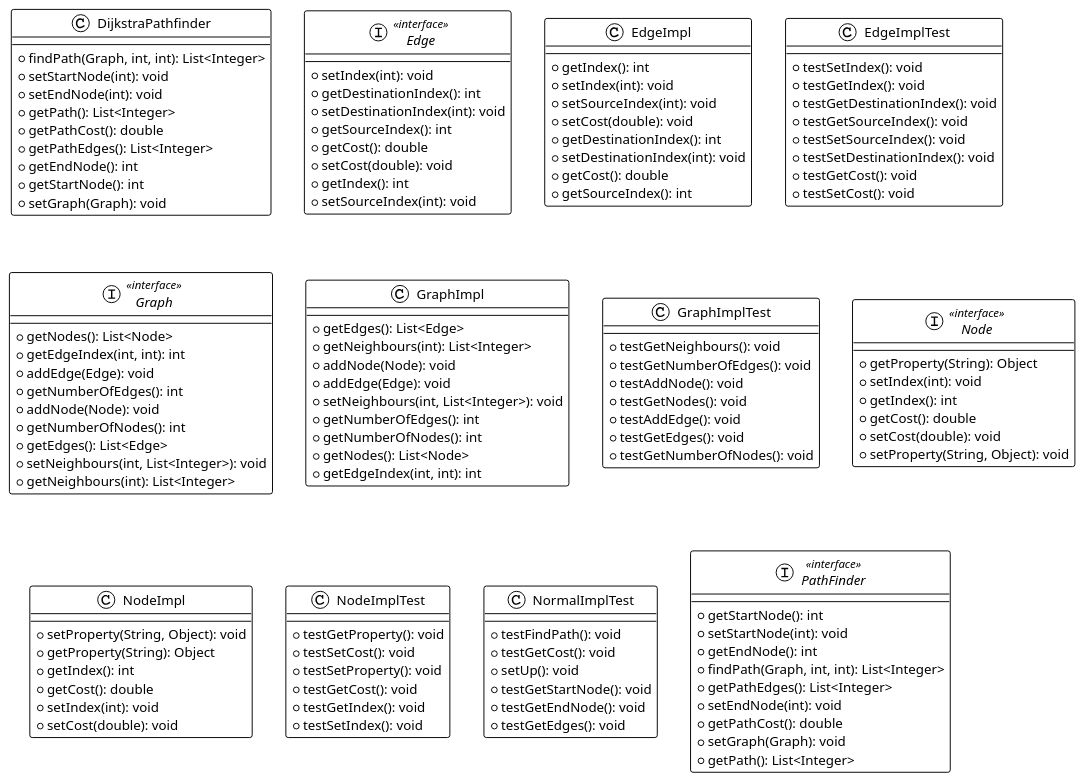
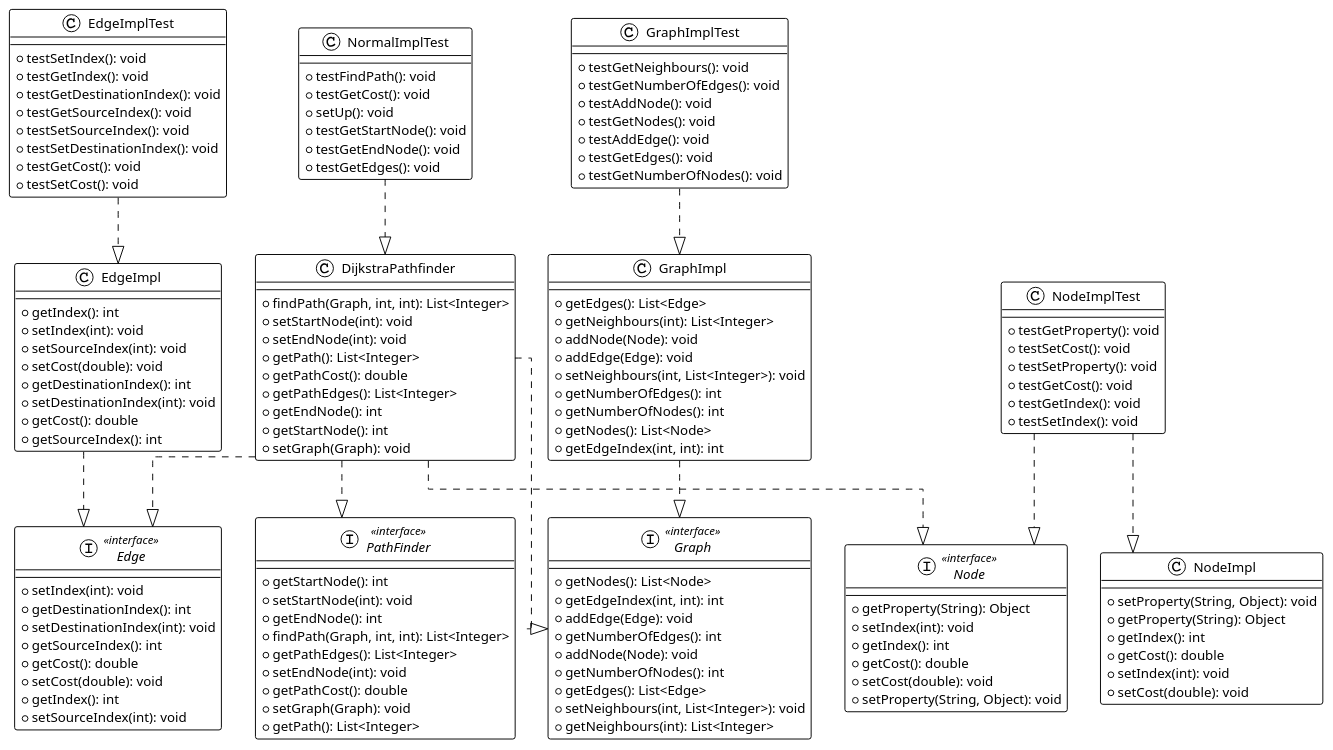
One commit to Kfmoi/Urbanism changed the diagram in pathfinder/pathfinder.plantuml. Above: the diagram before and after it, drawn with PlantUML.

Commit message:
F04:Updated Class Diagram

```diff
--- a/pathfinder/pathfinder.plantuml
+++ b/pathfinder/pathfinder.plantuml
@@ -1,123 +1,135 @@
 @startuml
 
 !theme plain
 top to bottom direction
 skinparam linetype ortho
 
 class DijkstraPathfinder {
   + findPath(Graph, int, int): List<Integer>
   + setStartNode(int): void
   + setEndNode(int): void
   + getPath(): List<Integer>
   + getPathCost(): double
   + getPathEdges(): List<Integer>
   + getEndNode(): int
   + getStartNode(): int
   + setGraph(Graph): void
 }
 interface Edge << interface >> {
   + setIndex(int): void
   + getDestinationIndex(): int
   + setDestinationIndex(int): void
   + getSourceIndex(): int
   + getCost(): double
   + setCost(double): void
   + getIndex(): int
   + setSourceIndex(int): void
 }
 class EdgeImpl {
   + getIndex(): int
   + setIndex(int): void
   + setSourceIndex(int): void
   + setCost(double): void
   + getDestinationIndex(): int
   + setDestinationIndex(int): void
   + getCost(): double
   + getSourceIndex(): int
 }
 class EdgeImplTest {
   + testSetIndex(): void
   + testGetIndex(): void
   + testGetDestinationIndex(): void
   + testGetSourceIndex(): void
   + testSetSourceIndex(): void
   + testSetDestinationIndex(): void
   + testGetCost(): void
   + testSetCost(): void
 }
 interface Graph << interface >> {
   + getNodes(): List<Node>
   + getEdgeIndex(int, int): int
   + addEdge(Edge): void
   + getNumberOfEdges(): int
   + addNode(Node): void
   + getNumberOfNodes(): int
   + getEdges(): List<Edge>
   + setNeighbours(int, List<Integer>): void
   + getNeighbours(int): List<Integer>
 }
 class GraphImpl {
   + getEdges(): List<Edge>
   + getNeighbours(int): List<Integer>
   + addNode(Node): void
   + addEdge(Edge): void
   + setNeighbours(int, List<Integer>): void
   + getNumberOfEdges(): int
   + getNumberOfNodes(): int
   + getNodes(): List<Node>
   + getEdgeIndex(int, int): int
 }
 class GraphImplTest {
   + testGetNeighbours(): void
   + testGetNumberOfEdges(): void
   + testAddNode(): void
   + testGetNodes(): void
   + testAddEdge(): void
   + testGetEdges(): void
   + testGetNumberOfNodes(): void
 }
 interface Node << interface >> {
   + getProperty(String): Object
   + setIndex(int): void
   + getIndex(): int
   + getCost(): double
   + setCost(double): void
   + setProperty(String, Object): void
 }
 class NodeImpl {
   + setProperty(String, Object): void
   + getProperty(String): Object
   + getIndex(): int
   + getCost(): double
   + setIndex(int): void
   + setCost(double): void
 }
 class NodeImplTest {
   + testGetProperty(): void
   + testSetCost(): void
   + testSetProperty(): void
   + testGetCost(): void
   + testGetIndex(): void
   + testSetIndex(): void
 }
 class NormalImplTest {
   + testFindPath(): void
   + testGetCost(): void
   + setUp(): void
   + testGetStartNode(): void
   + testGetEndNode(): void
   + testGetEdges(): void
 }
 interface PathFinder << interface >> {
   + getStartNode(): int
   + setStartNode(int): void
   + getEndNode(): int
   + findPath(Graph, int, int): List<Integer>
   + getPathEdges(): List<Integer>
   + setEndNode(int): void
   + getPathCost(): double
   + setGraph(Graph): void
   + getPath(): List<Integer>
 }
 
+EdgeImpl ..|>Edge
+GraphImpl ..|>Graph
+NodeImplTest ..|>Node
+DijkstraPathfinder ..|>PathFinder
+DijkstraPathfinder ..|>Edge
+DijkstraPathfinder ..|>Graph
+DijkstraPathfinder ..|>Node
+GraphImplTest ..|>GraphImpl
+EdgeImplTest ..|>EdgeImpl
+NodeImplTest ..|>NodeImpl
+NormalImplTest..|>DijkstraPathfinder
+
 @enduml
```
